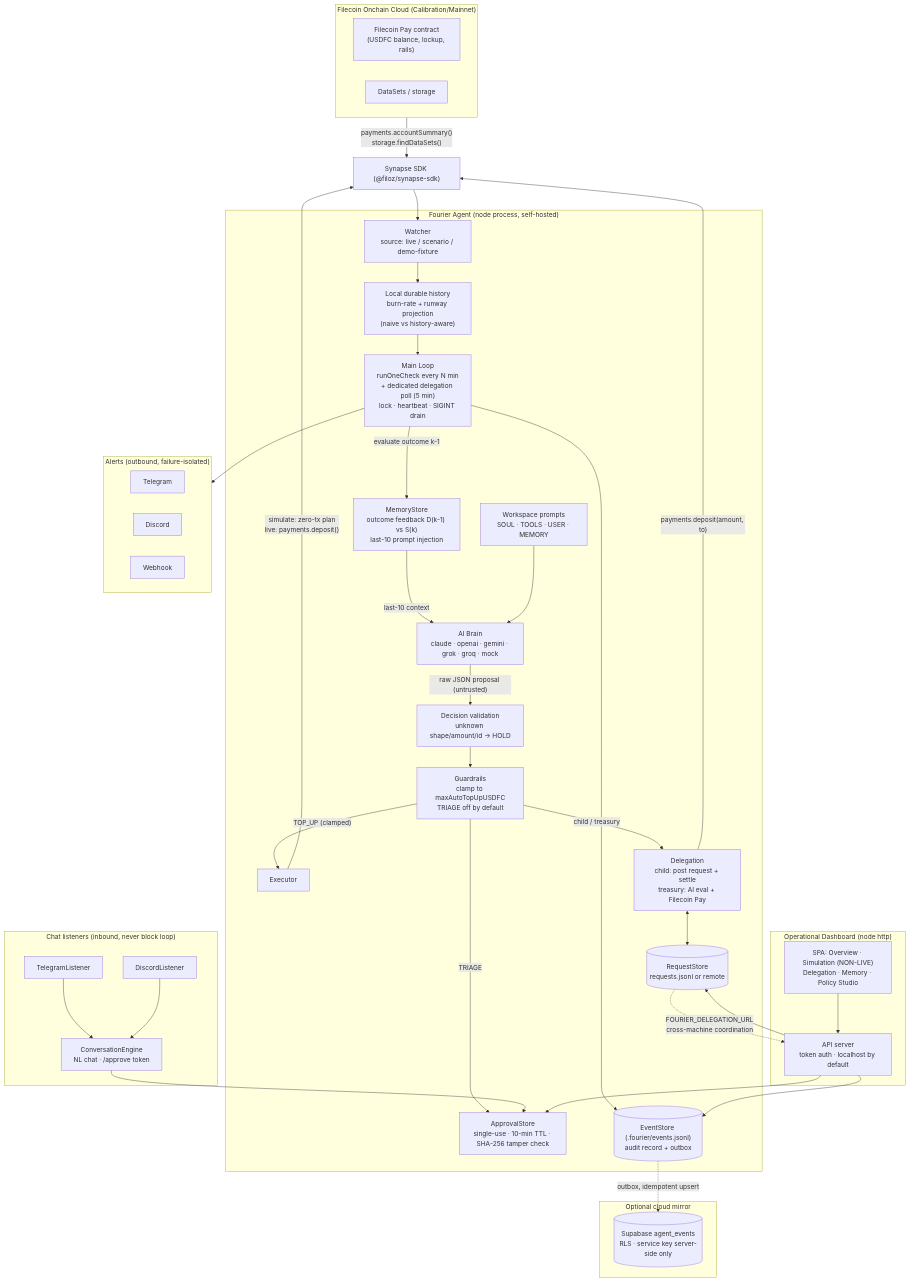
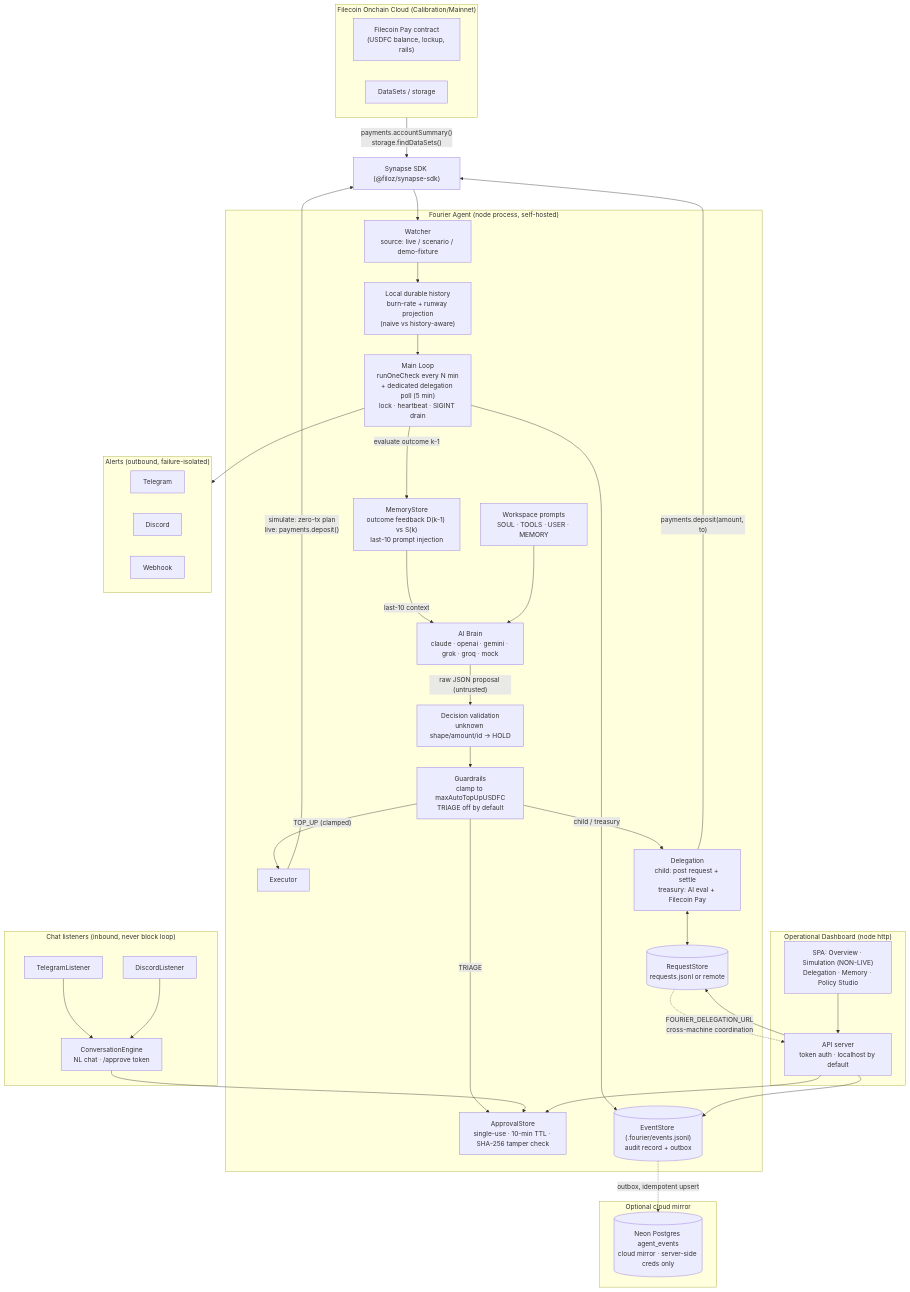
One commit to aabxtract/fourier changed the diagram in docs/architecture.md. Above: the diagram before and after it, drawn with Mermaid. The commit also changed other lines of this file and 6 other files, not shown here.

````diff
--- a/docs/architecture.md
+++ b/docs/architecture.md
@@ -7,76 +7,76 @@
 ```mermaid
 flowchart TD
     subgraph CHAIN["Filecoin Onchain Cloud (Calibration/Mainnet)"]
         PAY["Filecoin Pay contract<br/>(USDFC balance, lockup, rails)"]
         DS["DataSets / storage"]
     end
 
     subgraph AGENT["Fourier Agent (node process, self-hosted)"]
         LOOP["Main Loop<br/>runOneCheck every N min<br/>+ dedicated delegation poll (5 min)<br/>lock · heartbeat · SIGINT drain"]
 
         WATCHER["Watcher<br/>source: live / scenario / demo-fixture"]
         HIST["Local durable history<br/>burn-rate + runway projection<br/>(naive vs history-aware)"]
         MEM["MemoryStore<br/>outcome feedback D(k-1) vs S(k)<br/>last-10 prompt injection"]
 
         BRAIN["AI Brain<br/>claude · openai · gemini · grok · groq · mock"]
         WS["Workspace prompts<br/>SOUL · TOOLS · USER · MEMORY"]
 
         VAL["Decision validation<br/>unknown shape/amount/id → HOLD"]
         GUARD["Guardrails<br/>clamp to maxAutoTopUpUSDFC<br/>TRIAGE off by default"]
 
         APPROVE["ApprovalStore<br/>single-use · 10-min TTL · SHA-256 tamper check"]
 
         EXEC["Executor"]
         DEL["Delegation<br/>child: post request + settle<br/>treasury: AI eval + Filecoin Pay"]
 
         STORE[("EventStore (.fourier/events.jsonl)<br/>audit record + outbox")]
         REQ[("RequestStore<br/>requests.jsonl or remote")]
     end
 
     subgraph NOTIFY["Alerts (outbound, failure-isolated)"]
         TG["Telegram"]
         DC["Discord"]
         WH["Webhook"]
     end
 
     subgraph LISTEN["Chat listeners (inbound, never block loop)"]
         TGL["TelegramListener"]
         DCL["DiscordListener"]
         CONV["ConversationEngine<br/>NL chat · /approve token"]
     end
 
     subgraph MIRROR["Optional cloud mirror"]
-        SB[("Supabase agent_events<br/>RLS · service key server-side only")]
+        SB[("Neon Postgres agent_events<br/>cloud mirror · server-side creds only")]
     end
 
     subgraph DASH["Operational Dashboard (node http)"]
         SRV["API server<br/>token auth · localhost by default"]
         UI["SPA: Overview · Simulation (NON-LIVE)<br/>Delegation · Memory · Policy Studio"]
     end
 
     SDK["Synapse SDK (@filoz/synapse-sdk)"]
 
     CHAIN -->|"payments.accountSummary()<br/>storage.findDataSets()"| SDK --> WATCHER
     WATCHER --> HIST --> LOOP
     LOOP -->|"evaluate outcome k-1"| MEM
     MEM -->|"last-10 context"| BRAIN
     WS --> BRAIN
     BRAIN -->|"raw JSON proposal (untrusted)"| VAL --> GUARD
     GUARD -->|"TRIAGE"| APPROVE
     GUARD -->|"TOP_UP (clamped)"| EXEC
     GUARD -->|"child / treasury"| DEL
     DEL <--> REQ
     EXEC -->|"simulate: zero-tx plan<br/>live: payments.deposit()"| SDK
     DEL -->|"payments.deposit(amount, to)"| SDK
     LOOP --> STORE
     STORE -.->|"outbox, idempotent upsert"| SB
     LOOP --> NOTIFY
     TGL --> CONV
     DCL --> CONV
     CONV --> APPROVE
     SRV --> STORE
     SRV --> REQ
     SRV --> APPROVE
     UI --> SRV
     REQ -.->|"FOURIER_DELEGATION_URL<br/>cross-machine coordination"| SRV
 ```
````
